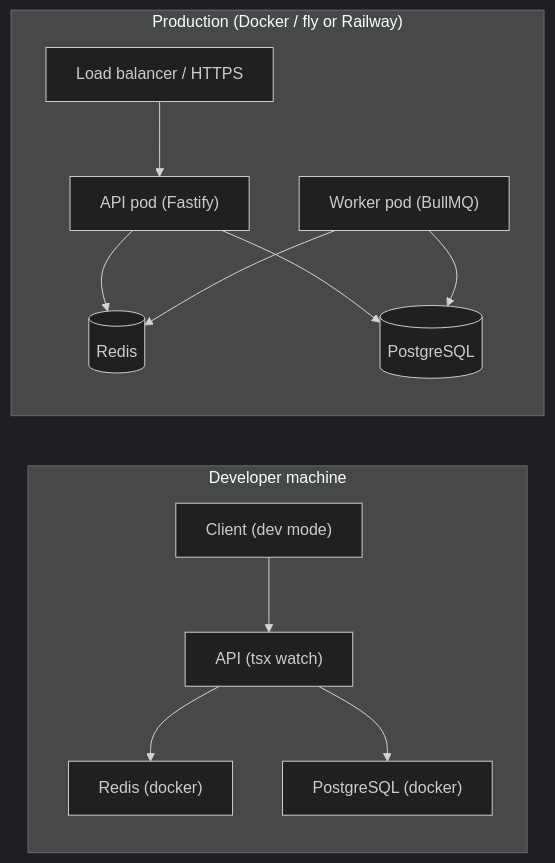
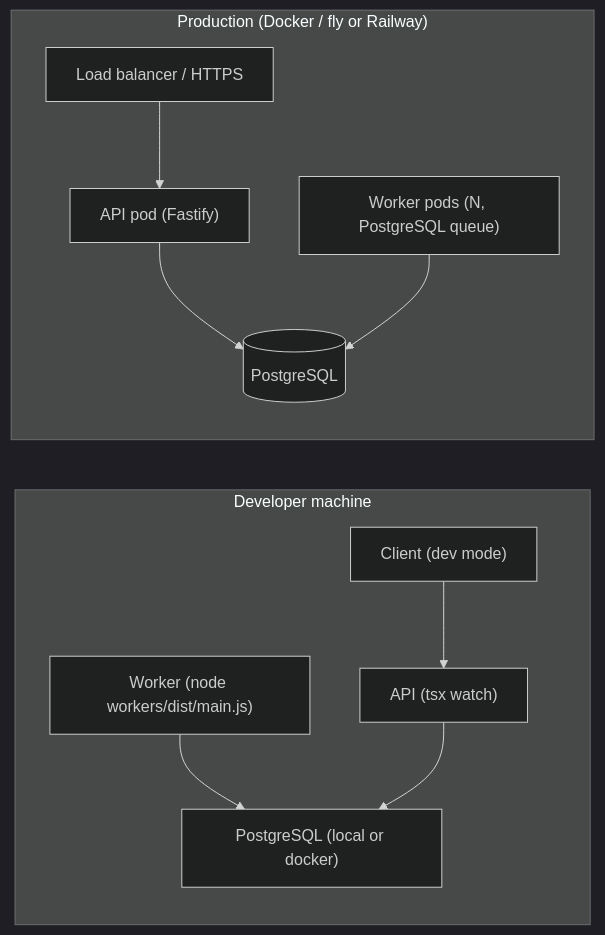
Before and after one commit to ArshOnGit1607/DSA_Portal: the third of 3 diagrams in docs/architecture.md, drawn with Mermaid (dark theme). The commit also changed other lines of this file and 29 other files, not shown here.

Commit message:
Day 5 PostgreSQL submission queue + worker process (person-1/day-5)

````diff
--- a/docs/architecture.md
+++ b/docs/architecture.md
@@ -81,26 +86,23 @@
 ```mermaid
 flowchart LR
     subgraph Dev ["Developer machine"]
         ClientDev["Client (dev mode)"]
         ServerDev["API (tsx watch)"]
-        RedisDev["Redis (docker)"]
-        PGDev["PostgreSQL (docker)"]
+        WorkerDev["Worker (node workers/dist/main.js)"]
+        PGDev["PostgreSQL (local or docker)"]
     end
 
     subgraph Prod ["Production (Docker / fly or Railway)"]
         LB["Load balancer / HTTPS"]
         APIPod["API pod (Fastify)"]
-        WorkerPod["Worker pod (BullMQ)"]
+        WorkerPod["Worker pods (N, PostgreSQL queue)"]
         PGProd[(PostgreSQL)]
-        RedisProd[(Redis)]
     end
 
     ClientDev --> ServerDev
-    ServerDev --> RedisDev
+    WorkerDev --> PGDev
     ServerDev --> PGDev
     LB --> APIPod
-    APIPod --> RedisProd
     APIPod --> PGProd
-    WorkerPod --> RedisProd
     WorkerPod --> PGProd
 ```
````
